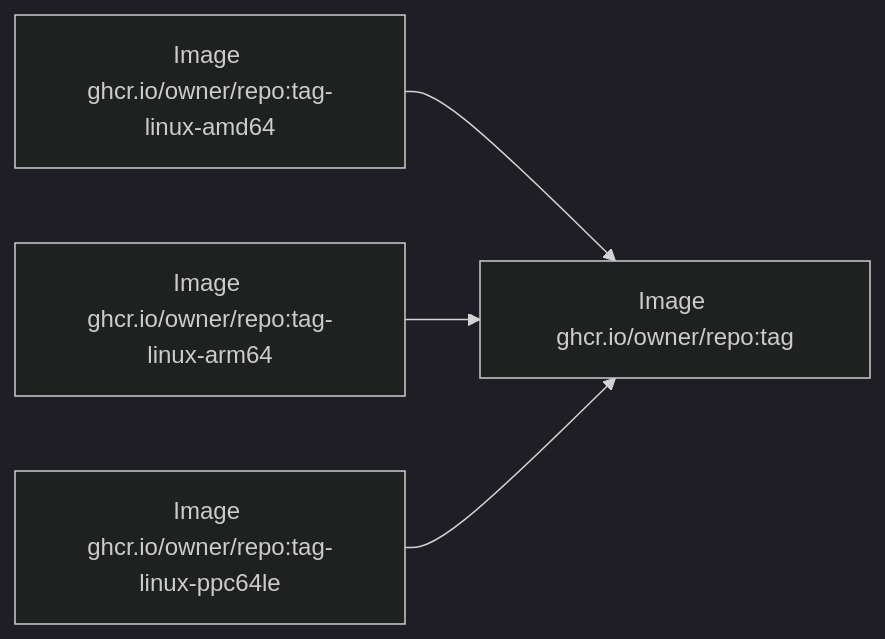
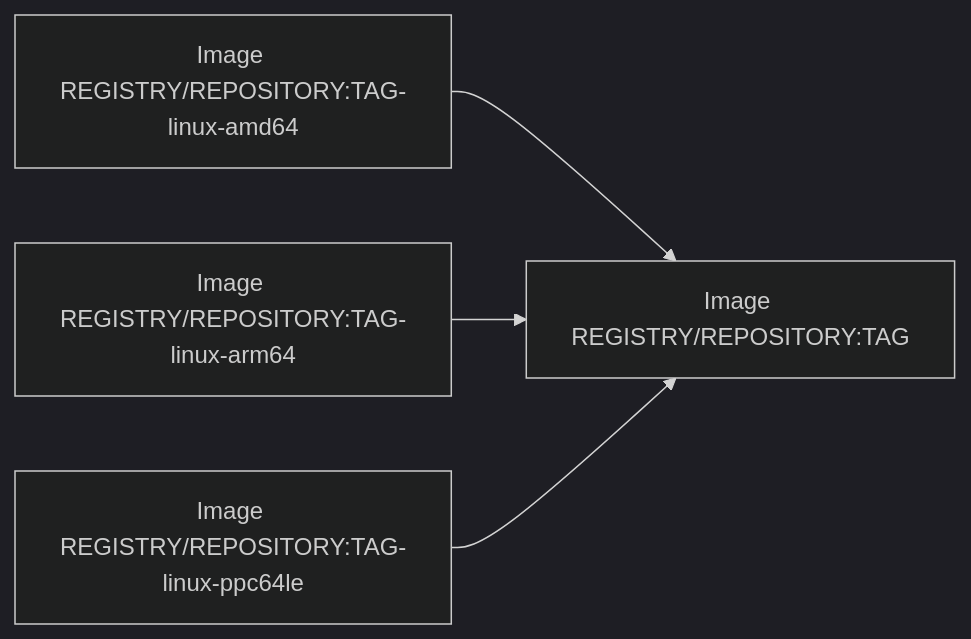
Before and after one commit to int128/docker-manifest-create-action: the first of 2 diagrams in README.md, drawn with Mermaid (dark theme). The commit also changed other lines of this file, not shown here.

````diff
--- a/README.md
+++ b/README.md
@@ -35,7 +33,7 @@
 ```mermaid
 graph LR
-  m[Image ghcr.io/owner/repo:tag]
-  amd64[Image ghcr.io/owner/repo:tag-linux-amd64] --> m
-  arm64[Image ghcr.io/owner/repo:tag-linux-arm64] --> m
-  ppc64le[Image ghcr.io/owner/repo:tag-linux-ppc64le] --> m
+  m[Image REGISTRY/REPOSITORY:TAG]
+  amd64[Image REGISTRY/REPOSITORY:TAG-linux-amd64] --> m
+  arm64[Image REGISTRY/REPOSITORY:TAG-linux-arm64] --> m
+  ppc64le[Image REGISTRY/REPOSITORY:TAG-linux-ppc64le] --> m
 ```
````
